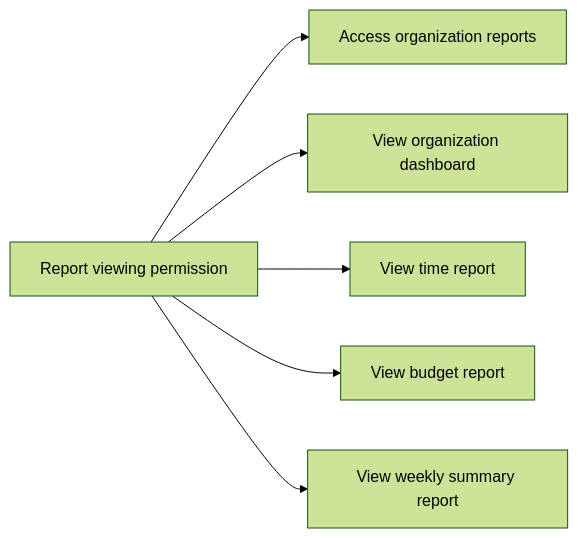
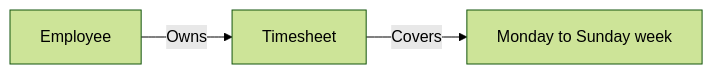
Diagram 14 of 24 in openai/gpt-5.4-mini/erp/docs/analysis/04-business-rules.md (wrtnlabs/autobe-examples), drawn with Mermaid (forest theme) before and after one commit. The commit also changed other lines of this file and 9017 other files, not shown here.

````diff
--- a/openai/gpt-5.4-mini/erp/docs/analysis/04-business-rules.md
+++ b/openai/gpt-5.4-mini/erp/docs/analysis/04-business-rules.md
@@ -436,8 +829,5 @@
 ```mermaid
 flowchart LR
-    A["Report viewing permission"] --> B["Access organization reports"]
-    A --> C["View organization dashboard"]
-    A --> D["View time report"]
-    A --> E["View budget report"]
-    A --> F["View weekly summary report"]
+    A["Employee"] -->|"Owns"| B["Timesheet"]
+    B -->|"Covers"| C["Monday to Sunday week"]
 ```
````
